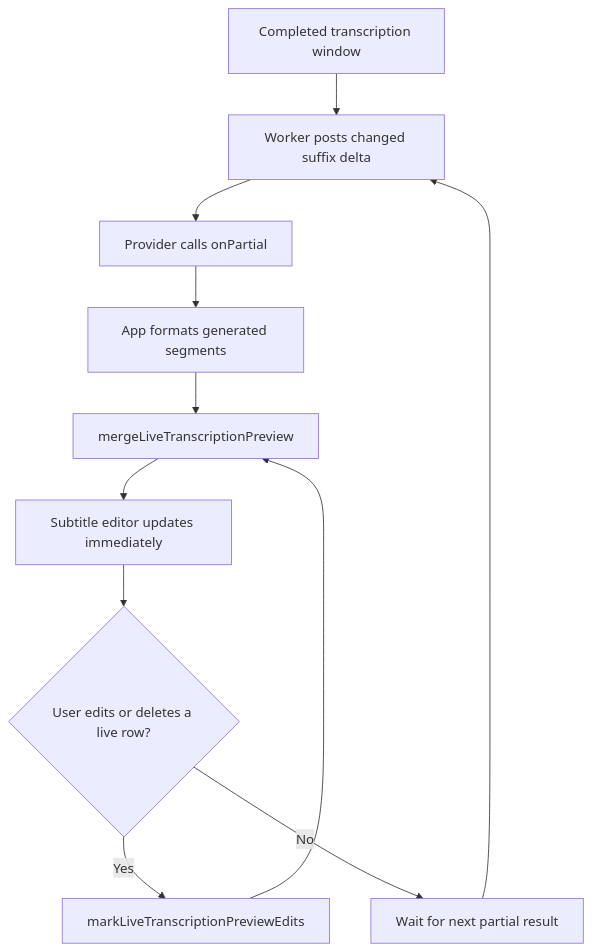
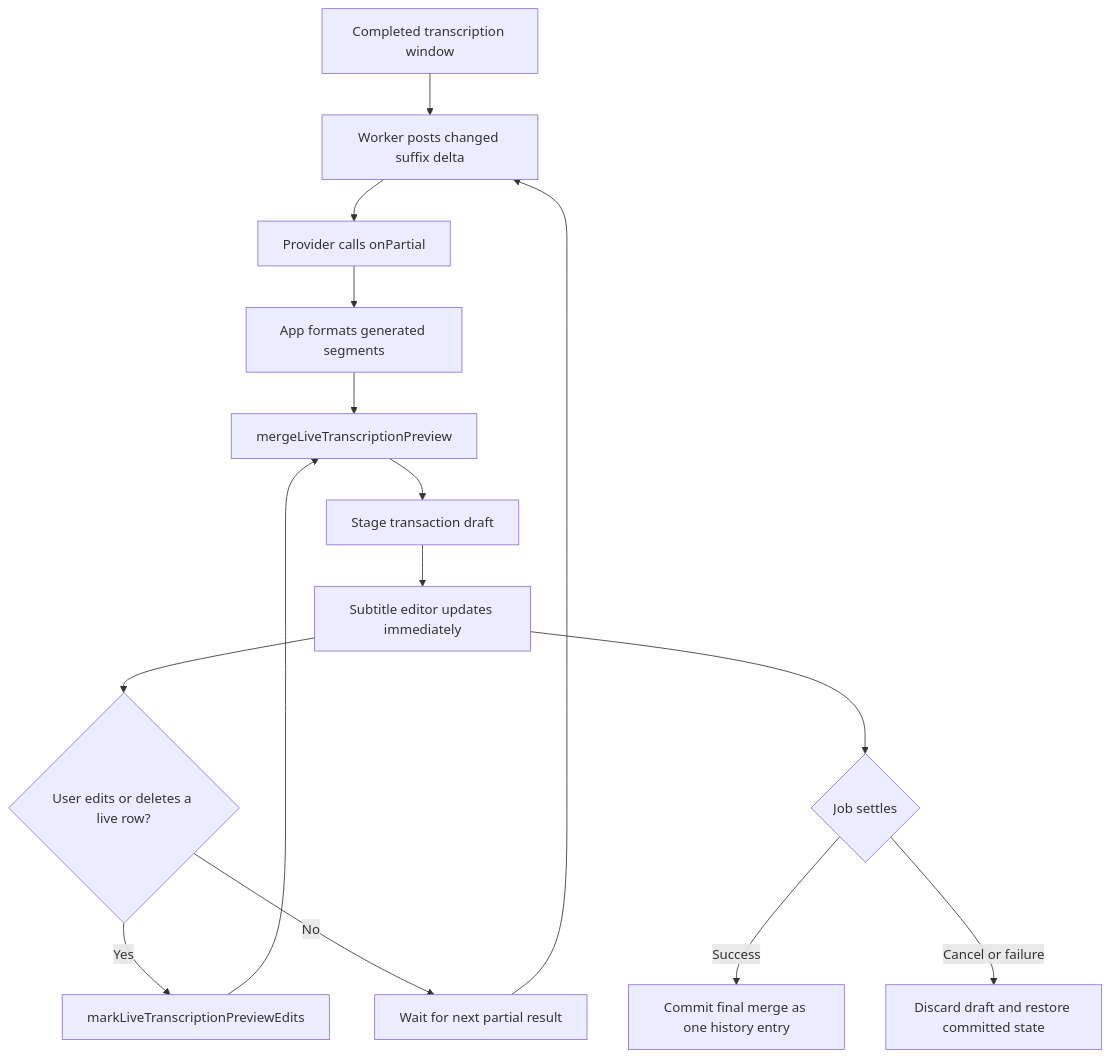
Before and after one commit to zxyandreay/auto-subtitle: the ninth of 18 diagrams in docs/project-state.md, drawn with Mermaid. The commit also changed other lines of this file and 38 other files, not shown here.

````diff
--- a/docs/project-state.md
+++ b/docs/project-state.md
@@ -807,13 +828,17 @@
 ```mermaid
 flowchart TD
     Chunk["Completed transcription window"] --> Partial["Worker posts changed suffix delta"]
     Partial --> Provider["Provider calls onPartial"]
     Provider --> Format["App formats generated segments"]
     Format --> Merge["mergeLiveTranscriptionPreview"]
-    Merge --> Editor["Subtitle editor updates immediately"]
+    Merge --> Stage["Stage transaction draft"]
+    Stage --> Editor["Subtitle editor updates immediately"]
     Editor --> UserEdit{"User edits or deletes a live row?"}
     UserEdit -->|Yes| Track["markLiveTranscriptionPreviewEdits"]
     Track --> Merge
     UserEdit -->|No| NextChunk["Wait for next partial result"]
     NextChunk --> Partial
+    Editor --> Settle{"Job settles"}
+    Settle -->|Success| Commit["Commit final merge as one history entry"]
+    Settle -->|Cancel or failure| Rollback["Discard draft and restore committed state"]
 ```
````
